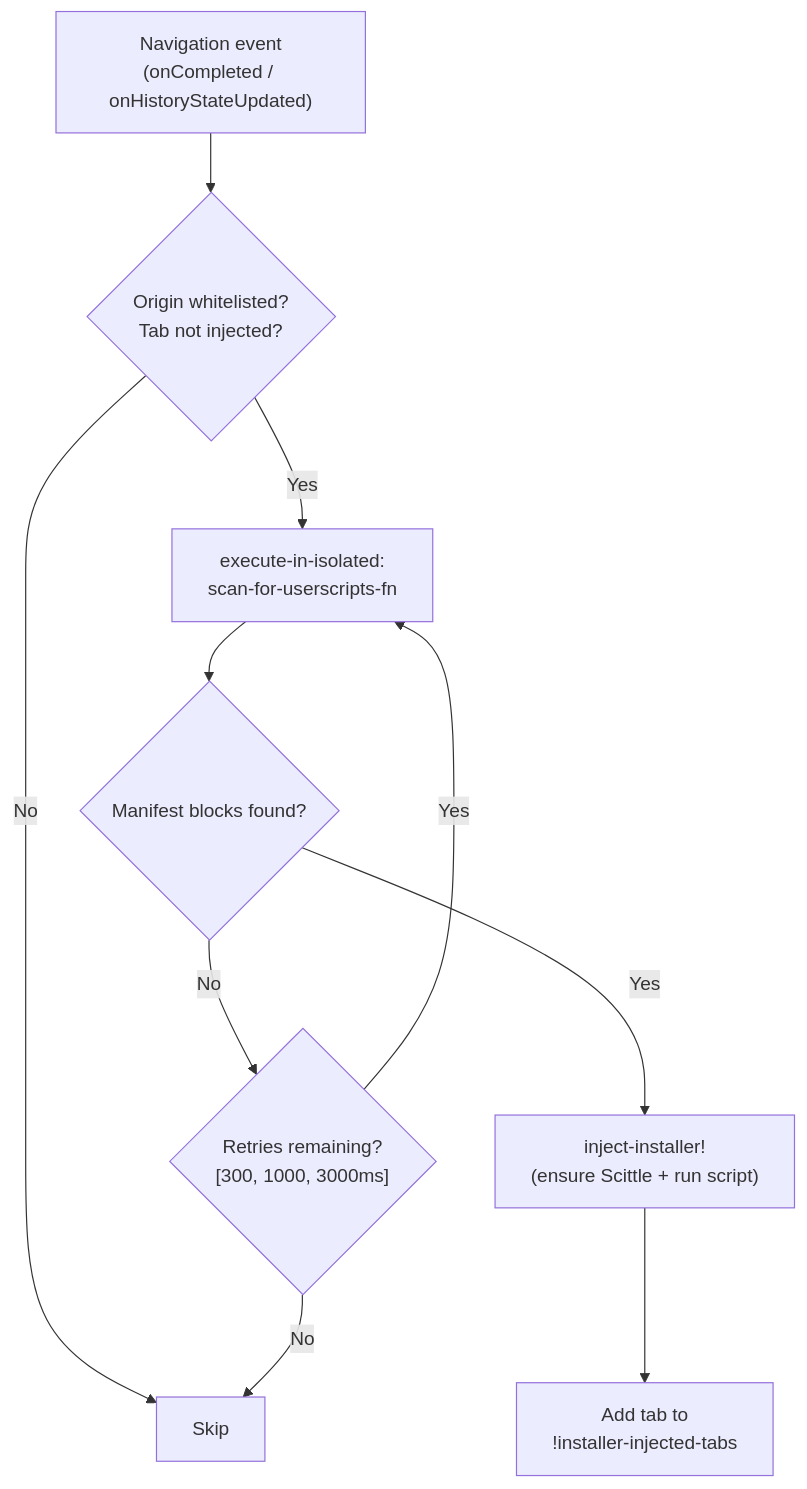
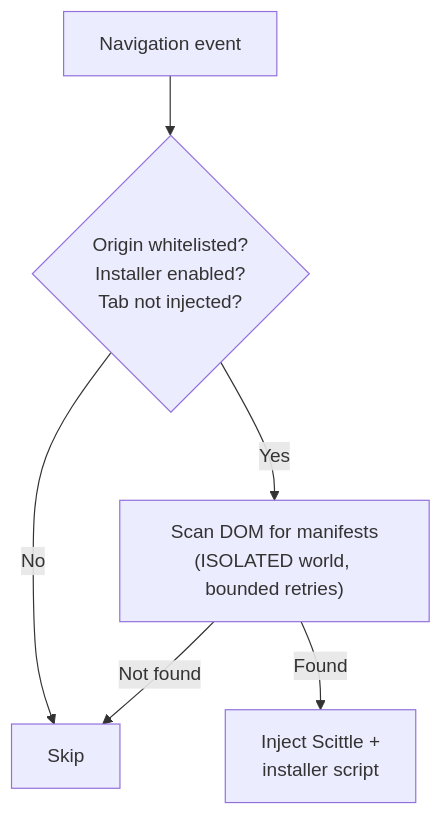
Before and after one commit to PEZ/epupp: the first of 3 diagrams in dev/docs/architecture/injection-flows.md, drawn with Mermaid. The commit also changed other lines of this file and 4 other files, not shown here.

````diff
--- a/dev/docs/architecture/injection-flows.md
+++ b/dev/docs/architecture/injection-flows.md
@@ -77,12 +65,8 @@
 ```mermaid
 flowchart TD
-    NAV["Navigation event\n(onCompleted / onHistoryStateUpdated)"] --> CHECK{"Origin whitelisted?\nTab not injected?"}
+    NAV["Navigation event"] --> CHECK{"Origin whitelisted?\nInstaller enabled?\nTab not injected?"}
     CHECK -->|No| SKIP["Skip"]
-    CHECK -->|Yes| SCAN["execute-in-isolated:\nscan-for-userscripts-fn"]
-    SCAN --> FOUND{"Manifest blocks found?"}
-    FOUND -->|No| RETRY{"Retries remaining?\n[300, 1000, 3000ms]"}
-    RETRY -->|Yes| SCAN
-    RETRY -->|No| SKIP
-    FOUND -->|Yes| INJECT["inject-installer!\n(ensure Scittle + run script)"]
-    INJECT --> TRACK["Add tab to\n!installer-injected-tabs"]
+    CHECK -->|Yes| SCAN["Scan DOM for manifests\n(ISOLATED world, bounded retries)"]
+    SCAN -->|Found| INJECT["Inject Scittle +\ninstaller script"]
+    SCAN -->|Not found| SKIP
 ```
````
